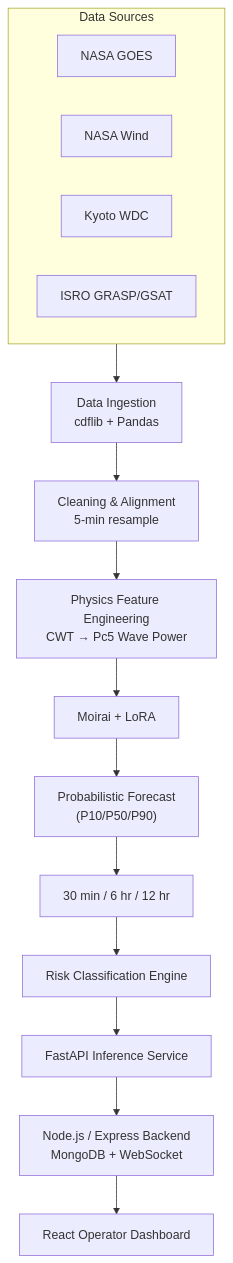
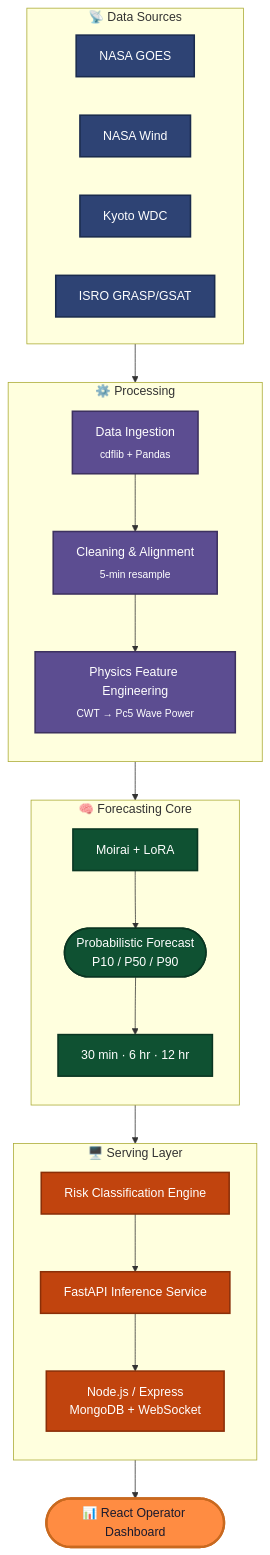
The sixth of 7 diagrams in README.md (mohit4901/PRAHARI), drawn with Mermaid before and after one commit. The commit also changed other lines of this file, not shown here.

````diff
--- a/README.md
+++ b/README.md
@@ -262,20 +343,50 @@
 ```mermaid
-flowchart TD
-    subgraph Sources["Data Sources"]
-    A1[NASA GOES]
-    A2[NASA Wind]
-    A3[Kyoto WDC]
-    A4[ISRO GRASP/GSAT]
+flowchart TB
+    subgraph DATA["📡 Data Sources"]
+        direction LR
+        A1["NASA GOES"]
+        A2["NASA Wind"]
+        A3["Kyoto WDC"]
+        A4["ISRO GRASP/GSAT"]
     end
 
-    Sources --> B[Data Ingestion<br>cdflib + Pandas]
-    B --> C[Cleaning & Alignment<br>5-min resample]
-    C --> D[Physics Feature Engineering<br>CWT → Pc5 Wave Power]
-    D --> E[Moirai + LoRA]
-    E --> F["Probabilistic Forecast<br>(P10/P50/P90)"]
-    F --> G["30 min / 6 hr / 12 hr"]
-    G --> H[Risk Classification Engine]
-    H --> I[FastAPI Inference Service]
-    I --> J[Node.js / Express Backend<br>MongoDB + WebSocket]
-    J --> K[React Operator Dashboard]
+    subgraph PIPE["⚙️ Processing"]
+        direction TB
+        B["Data Ingestion<br><sub>cdflib + Pandas</sub>"]
+        C["Cleaning & Alignment<br><sub>5-min resample</sub>"]
+        D["Physics Feature Engineering<br><sub>CWT → Pc5 Wave Power</sub>"]
+        B --> C --> D
+    end
+
+    subgraph MODEL["🧠 Forecasting Core"]
+        direction TB
+        E["Moirai + LoRA"]
+        F(["Probabilistic Forecast<br>P10 / P50 / P90"])
+        G["30 min · 6 hr · 12 hr"]
+        E --> F --> G
+    end
+
+    subgraph SERVE["🖥️ Serving Layer"]
+        direction TB
+        H["Risk Classification Engine"]
+        I["FastAPI Inference Service"]
+        J["Node.js / Express<br>MongoDB + WebSocket"]
+        H --> I --> J
+    end
+
+    K(["📊 React Operator Dashboard"])
+
+    DATA --> PIPE --> MODEL --> SERVE --> K
+
+    classDef data fill:#2E4374,color:#fff,stroke:#1a2b4d,stroke-width:2px
+    classDef pipe fill:#5C4D91,color:#fff,stroke:#3d3160,stroke-width:2px
+    classDef model fill:#0F5132,color:#fff,stroke:#0a3622,stroke-width:2px
+    classDef serve fill:#C1440E,color:#fff,stroke:#8a2f08,stroke-width:2px
+    classDef dash fill:#FF8C42,color:#1a1a2e,stroke:#c9691f,stroke-width:3px
+
+    class A1,A2,A3,A4 data
+    class B,C,D pipe
+    class E,F,G model
+    class H,I,J serve
+    class K dash
 ```
````
